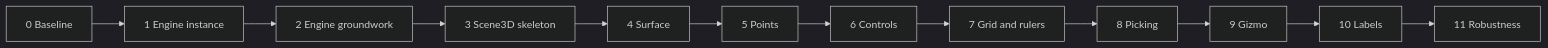
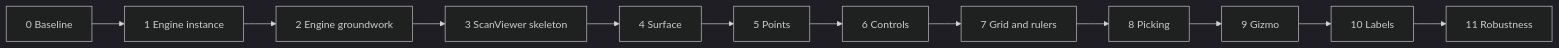
One commit to rbenzazon/svelte-gl changed the diagram in .cursor/plans/scene3d_step-by-step_c50d1b26.plan.md. Above: the diagram before and after it, drawn with Mermaid (dark theme). The commit also changed other lines of this file and 5 other files, not shown here.

````diff
--- a/.cursor/plans/scene3d_step-by-step_c50d1b26.plan.md
+++ b/.cursor/plans/scene3d_step-by-step_c50d1b26.plan.md
@@ -109,6 +109,6 @@
 ```mermaid
 flowchart LR
-  s0[0 Baseline] --> s1[1 Engine instance] --> s2[2 Engine groundwork] --> s3[3 Scene3D skeleton]
+  s0[0 Baseline] --> s1[1 Engine instance] --> s2[2 Engine groundwork] --> s3[3 ScanViewer skeleton]
   s3 --> s4[4 Surface] --> s5[5 Points] --> s6[6 Controls] --> s7[7 Grid and rulers]
   s7 --> s8[8 Picking] --> s9[9 Gizmo] --> s10[10 Labels] --> s11[11 Robustness]
 ```
````
